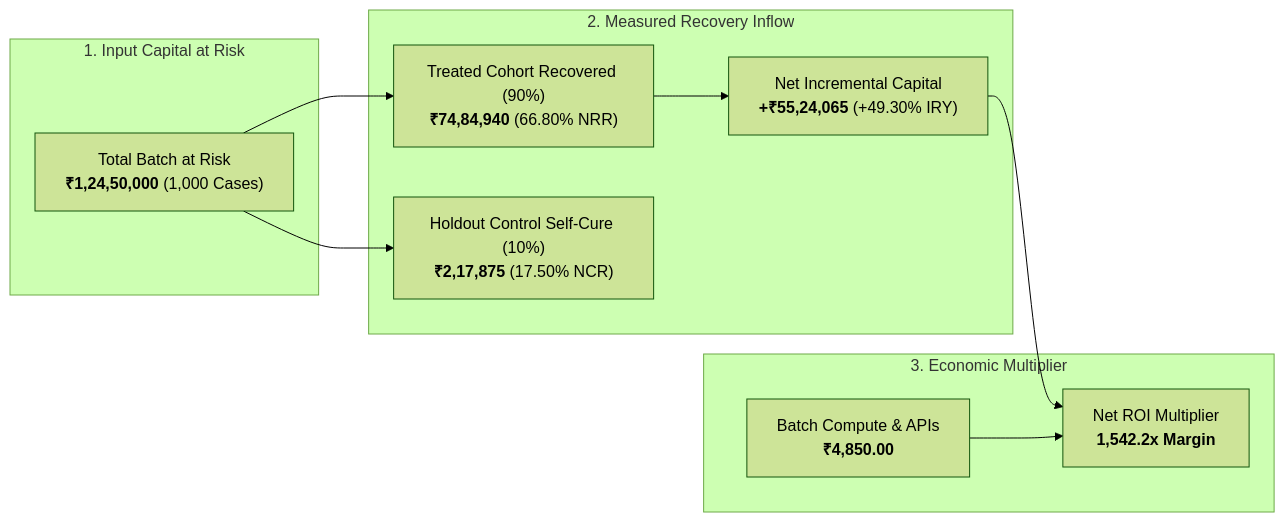
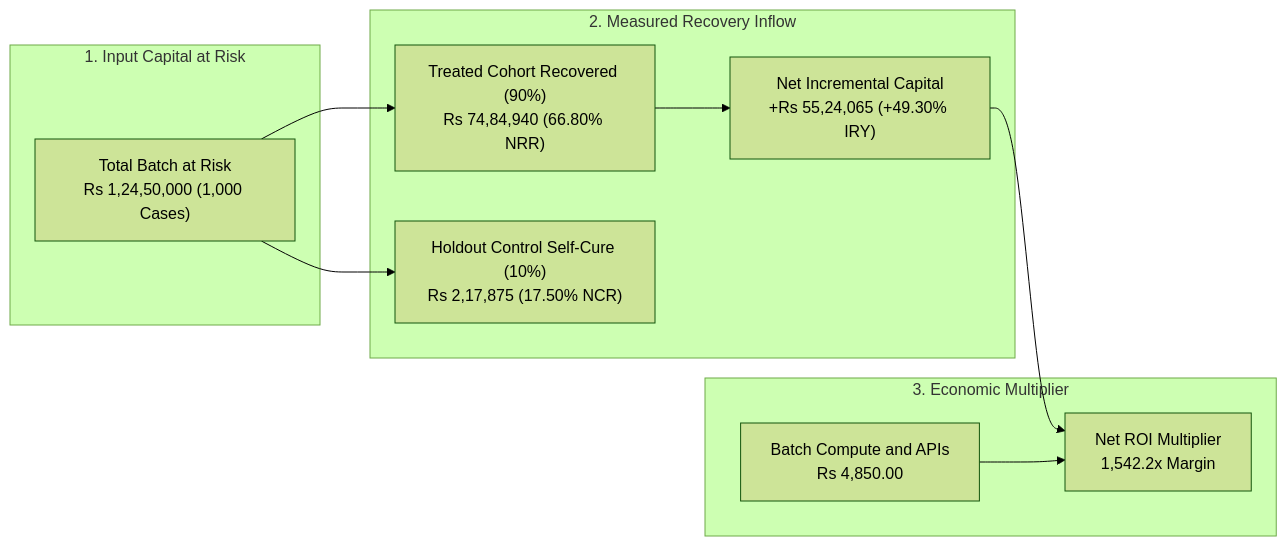
The first of 2 diagrams in docs/Evaluation.md (Adityaraj1969/Razorpay-Revenue-Recovery), drawn with Mermaid (forest theme) before and after one commit. The commit also changed 8 other files, not shown here.

Commit message:
fix(docs): format all Mermaid diagrams with strict GitHub-compliant quoted syntax and ASCII typography

````diff
--- a/docs/Evaluation.md
+++ b/docs/Evaluation.md
@@ -104,23 +104,23 @@
 ```mermaid
 flowchart LR
     subgraph INPUT["1. Input Capital at Risk"]
-        CAP["Total Batch at Risk<br/><b>₹1,24,50,000</b> (1,000 Cases)"]
+        CAP["Total Batch at Risk<br/>Rs 1,24,50,000 (1,000 Cases)"]
     end
 
     subgraph RECOVERY["2. Measured Recovery Inflow"]
-        TREATED["Treated Cohort Recovered (90%)<br/><b>₹74,84,940</b> (66.80% NRR)"]
-        CONTROL["Holdout Control Self-Cure (10%)<br/><b>₹2,17,875</b> (17.50% NCR)"]
-        NET_CAP["Net Incremental Capital<br/><b>+₹55,24,065</b> (+49.30% IRY)"]
+        TREATED["Treated Cohort Recovered (90%)<br/>Rs 74,84,940 (66.80% NRR)"]
+        CONTROL["Holdout Control Self-Cure (10%)<br/>Rs 2,17,875 (17.50% NCR)"]
+        NET_CAP["Net Incremental Capital<br/>+Rs 55,24,065 (+49.30% IRY)"]
     end
 
     subgraph EFFICIENCY["3. Economic Multiplier"]
-        COST["Batch Compute & APIs<br/><b>₹4,850.00</b>"]
-        ROI["Net ROI Multiplier<br/><b>1,542.2x Margin</b>"]
+        COST["Batch Compute and APIs<br/>Rs 4,850.00"]
+        ROI["Net ROI Multiplier<br/>1,542.2x Margin"]
     end
 
     CAP --> TREATED
     CAP --> CONTROL
     TREATED --> NET_CAP
     NET_CAP --> ROI
     COST --> ROI
 ```
````
